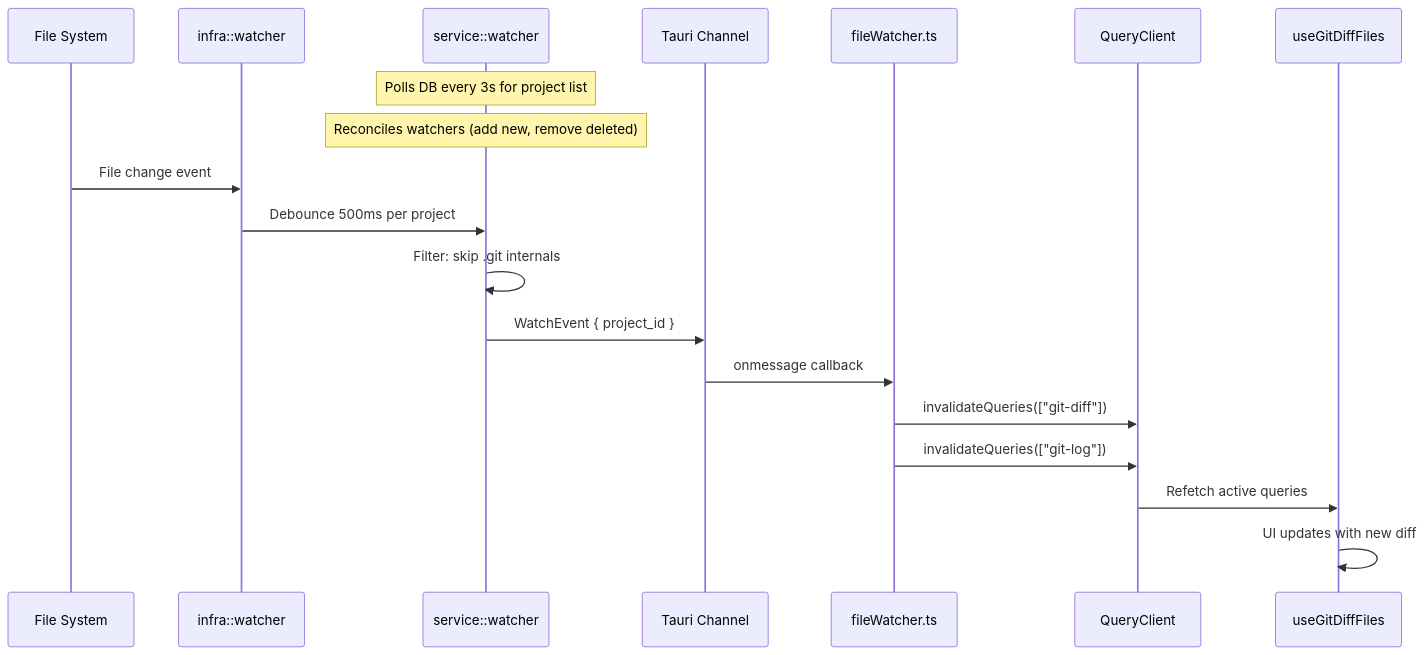
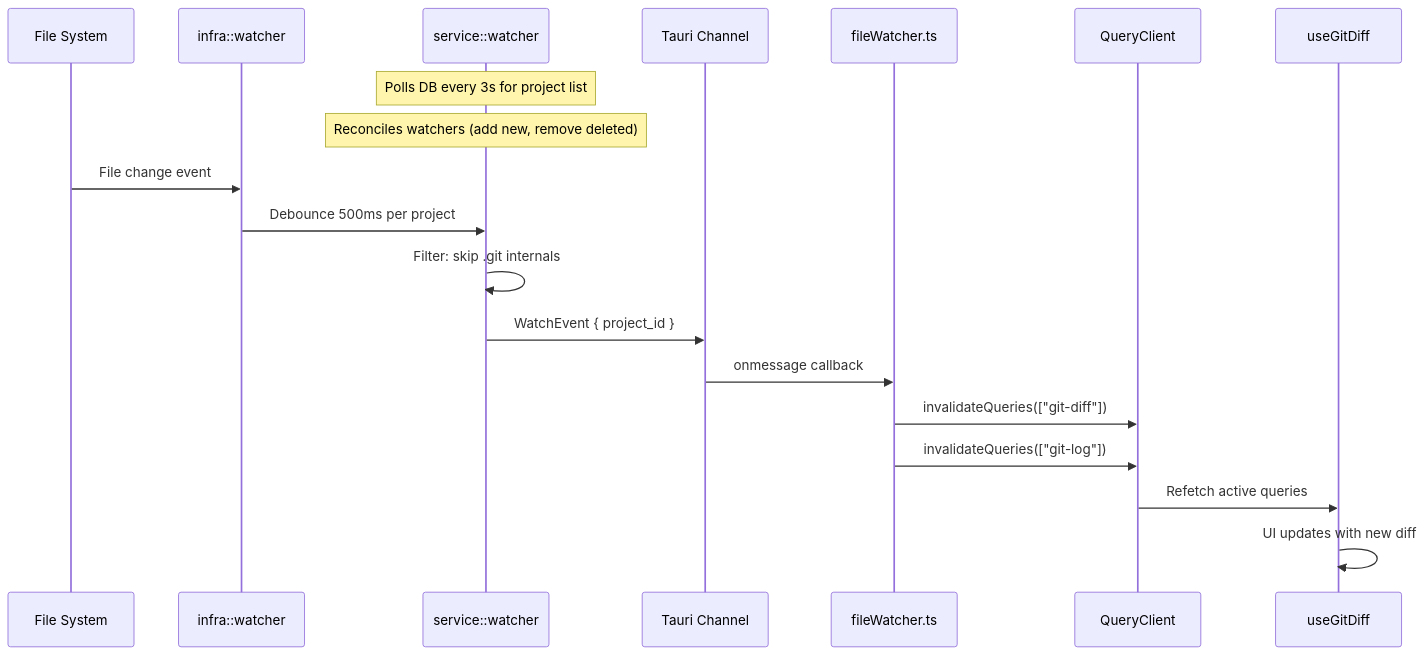
One commit to AkaraChen/2code changed the fourth of 5 diagrams in docs/data-flow.md. Above: the diagram before and after it, drawn with Mermaid. The commit also changed other lines of this file and 8 other files, not shown here.

First line of the commit message:
docs: update architecture docs for agent system and unified tab abstraction

````diff
--- a/docs/data-flow.md
+++ b/docs/data-flow.md
@@ -98,23 +153,23 @@
 ```mermaid
 sequenceDiagram
     participant FS as File System
     participant Watcher as infra::watcher
     participant Service as service::watcher
     participant Channel as Tauri Channel
     participant FW as fileWatcher.ts
     participant QC as QueryClient
-    participant Git as useGitDiffFiles
+    participant Git as useGitDiff
 
     Note over Service: Polls DB every 3s for project list
     Note over Service: Reconciles watchers (add new, remove deleted)
 
     FS->>Watcher: File change event
     Watcher->>Service: Debounce 500ms per project
     Service->>Service: Filter: skip .git internals
     Service->>Channel: WatchEvent { project_id }
     Channel->>FW: onmessage callback
     FW->>QC: invalidateQueries(["git-diff"])
     FW->>QC: invalidateQueries(["git-log"])
     QC->>Git: Refetch active queries
     Git->>Git: UI updates with new diff
 ```
````
